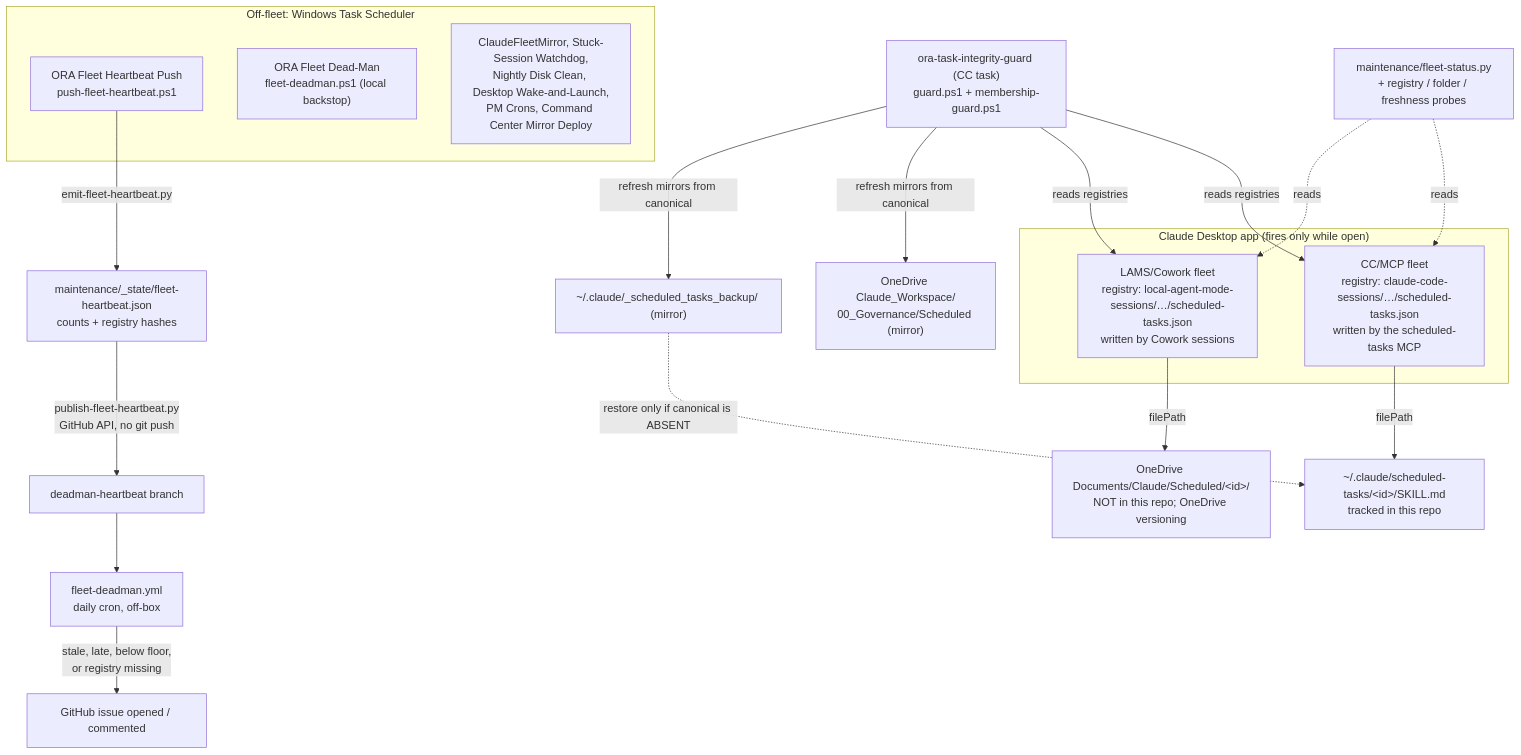
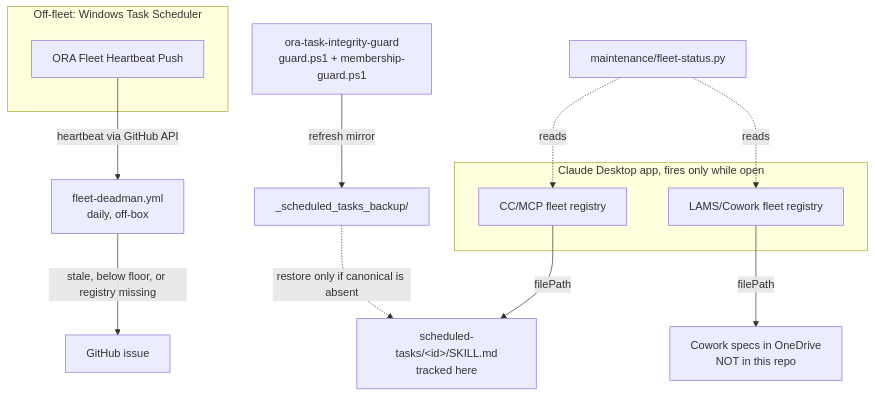
Before and after one commit to ZeOoba/ora-claude-config: the third of 4 diagrams in README.md, drawn with Mermaid. The commit also changed other lines of this file, not shown here.

Commit message:
docs(readme): refresh README to match current code (#449)

````diff
--- a/README.md
+++ b/README.md
@@ -233,34 +319,18 @@
 ```mermaid
 flowchart TB
-    subgraph DESKTOP["Claude Desktop app (fires only while open)"]
-        CC["CC/MCP fleet<br/>registry: claude-code-sessions/…/scheduled-tasks.json<br/>written by the scheduled-tasks MCP"]
-        LM["LAMS/Cowork fleet<br/>registry: local-agent-mode-sessions/…/scheduled-tasks.json<br/>written by Cowork sessions"]
+    subgraph DESKTOP["Claude Desktop app, fires only while open"]
+        CC["CC/MCP fleet registry"]
+        LM["LAMS/Cowork fleet registry"]
     end
-    CCSPEC["~/.claude/scheduled-tasks/&lt;id&gt;/SKILL.md<br/>tracked in this repo"]
-    LMSPEC["OneDrive Documents/Claude/Scheduled/&lt;id&gt;/<br/>NOT in this repo; OneDrive versioning"]
-    CC -->|filePath| CCSPEC
-    LM -->|filePath| LMSPEC
-
-    GUARD["ora-task-integrity-guard (CC task)<br/>guard.ps1 + membership-guard.ps1"]
-    GOV["OneDrive Claude_Workspace/<br/>00_Governance/Scheduled (mirror)"]
-    BAK["~/.claude/_scheduled_tasks_backup/ (mirror)"]
-    GUARD -->|reads registries| CC
-    GUARD -->|reads registries| LM
-    GUARD -->|refresh mirrors from canonical| GOV
-    GUARD -->|refresh mirrors from canonical| BAK
-    BAK -.restore only if canonical is ABSENT.-> CCSPEC
-
-    STATUS["maintenance/fleet-status.py<br/>+ registry / folder / freshness probes"]
-    STATUS -.reads.-> CC
-    STATUS -.reads.-> LM
-
+    CC -->|"filePath"| CCSPEC["scheduled-tasks/&lt;id&gt;/SKILL.md<br/>tracked here"]
+    LM -->|"filePath"| LMSPEC["Cowork specs in OneDrive<br/>NOT in this repo"]
+    GUARD["ora-task-integrity-guard<br/>guard.ps1 + membership-guard.ps1"] -->|"refresh mirror"| BAK["_scheduled_tasks_backup/"]
+    BAK -.->|"restore only if canonical is absent"| CCSPEC
+    STATUS["maintenance/fleet-status.py"] -.->|"reads"| CC
+    STATUS -.->|"reads"| LM
     subgraph OFF["Off-fleet: Windows Task Scheduler"]
-        HBP["ORA Fleet Heartbeat Push<br/>push-fleet-heartbeat.ps1"]
-        LDM["ORA Fleet Dead-Man<br/>fleet-deadman.ps1 (local backstop)"]
-        OTHER["ClaudeFleetMirror, Stuck-Session Watchdog,<br/>Nightly Disk Clean, Desktop Wake-and-Launch,<br/>PM Crons, Command Center Mirror Deploy"]
+        HBP["ORA Fleet Heartbeat Push"]
     end
-    HBP -->|emit-fleet-heartbeat.py| HB["maintenance/_state/fleet-heartbeat.json<br/>counts + registry hashes"]
-    HB -->|publish-fleet-heartbeat.py<br/>GitHub API, no git push| BR["deadman-heartbeat branch"]
-    BR --> GHA["fleet-deadman.yml<br/>daily cron, off-box"]
-    GHA -->|stale, late, below floor,<br/>or registry missing| ISSUE["GitHub issue opened / commented"]
+    HBP -->|"heartbeat via GitHub API"| GHA["fleet-deadman.yml<br/>daily, off-box"]
+    GHA -->|"stale, below floor, or registry missing"| ISSUE["GitHub issue"]
 ```
````
